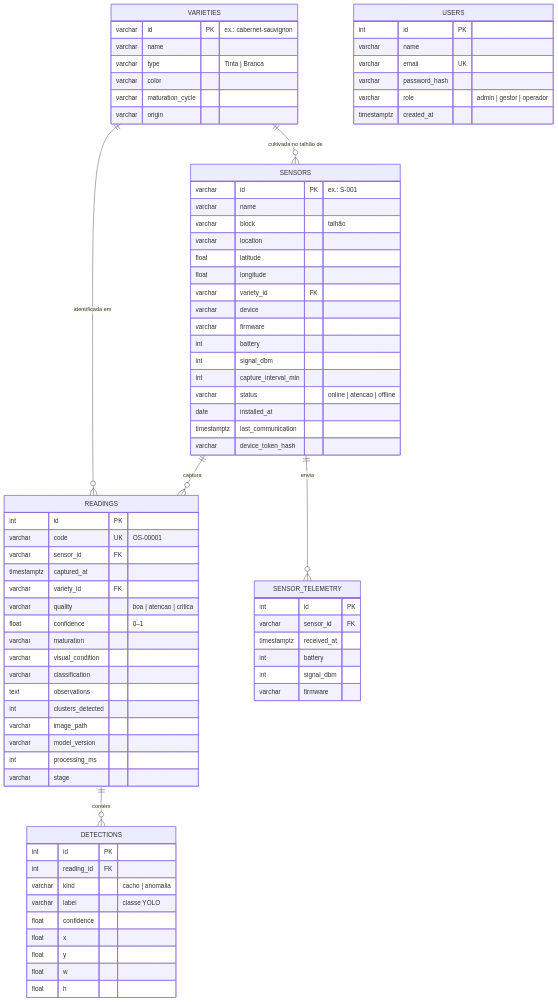
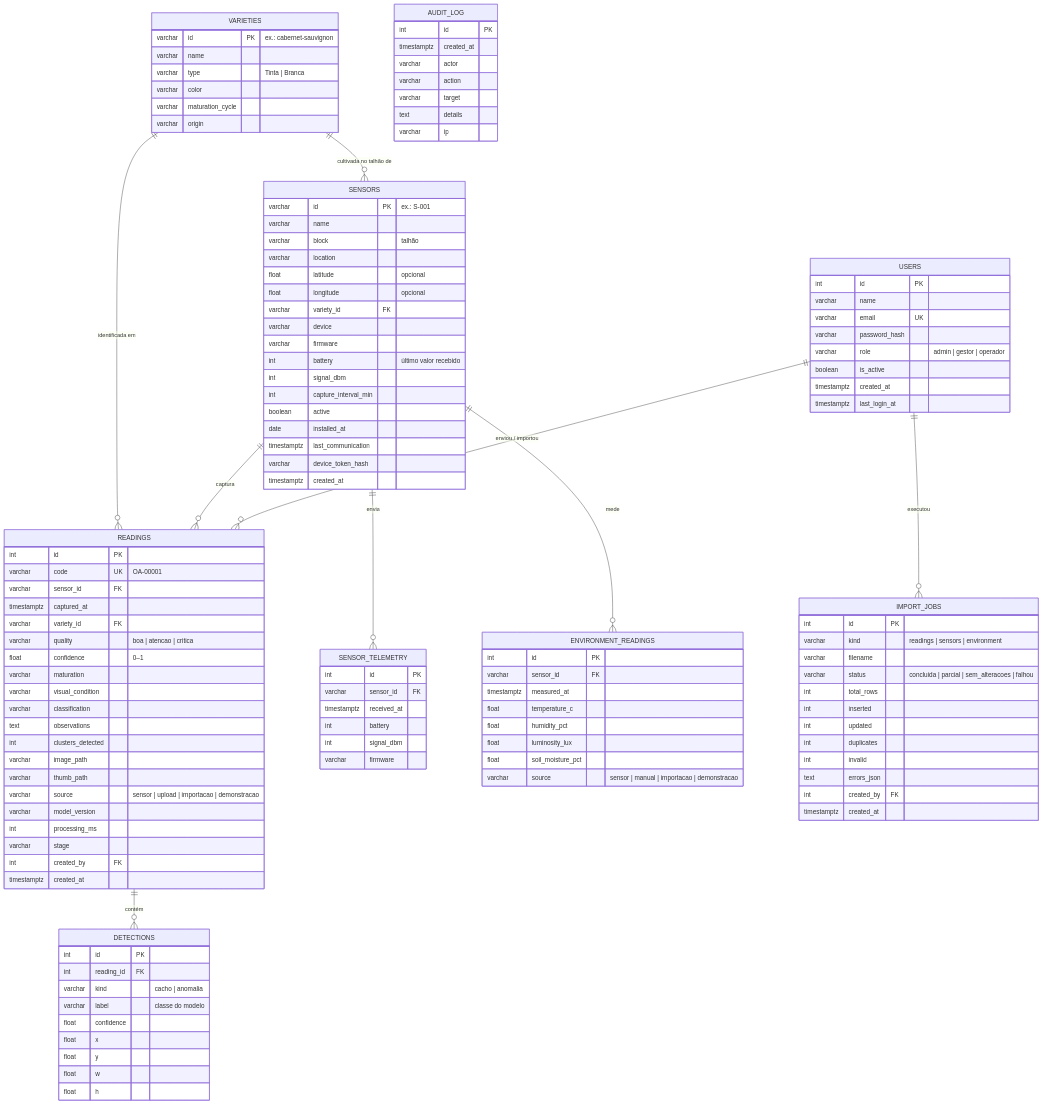
One commit to PI-2026-2-Vinicola/Vinicola-bd changed the diagram in docs/modelo-de-dados.md. Above: the diagram before and after it, drawn with Mermaid. The commit also changed other lines of this file and 17 other files, not shown here.

````diff
--- a/docs/modelo-de-dados.md
+++ b/docs/modelo-de-dados.md
@@ -14,7 +14,10 @@
     VARIETIES ||--o{ READINGS : "identificada em"
     SENSORS   ||--o{ READINGS : "captura"
     SENSORS   ||--o{ SENSOR_TELEMETRY : "envia"
+    SENSORS   ||--o{ ENVIRONMENT_READINGS : "mede"
     READINGS  ||--o{ DETECTIONS : "contém"
+    USERS     ||--o{ READINGS : "enviou / importou"
+    USERS     ||--o{ IMPORT_JOBS : "executou"
 
     USERS {
         int id PK
@@ -22,7 +25,9 @@
         varchar email UK
         varchar password_hash
         varchar role "admin | gestor | operador"
+        boolean is_active
         timestamptz created_at
+        timestamptz last_login_at
     }
     VARIETIES {
         varchar id PK "ex.: cabernet-sauvignon"
@@ -37,22 +42,23 @@
         varchar name
         varchar block "talhão"
         varchar location
-        float latitude
-        float longitude
+        float latitude "opcional"
+        float longitude "opcional"
         varchar variety_id FK
         varchar device
         varchar firmware
-        int battery
+        int battery "último valor recebido"
         int signal_dbm
         int capture_interval_min
-        varchar status "online | atencao | offline"
+        boolean active
         date installed_at
         timestamptz last_communication
         varchar device_token_hash
+        timestamptz created_at
     }
     READINGS {
         int id PK
-        varchar code UK "OS-00001"
+        varchar code UK "OA-00001"
         varchar sensor_id FK
         timestamptz captured_at
         varchar variety_id FK
@@ -64,15 +70,19 @@
         text observations
         int clusters_detected
         varchar image_path
+        varchar thumb_path
+        varchar source "sensor | upload | importacao | demonstracao"
         varchar model_version
         int processing_ms
         varchar stage
+        int created_by FK
+        timestamptz created_at
     }
     DETECTIONS {
         int id PK
         int reading_id FK
         varchar kind "cacho | anomalia"
-        varchar label "classe YOLO"
+        varchar label "classe do modelo"
         float confidence
         float x
         float y
@@ -87,4 +97,37 @@
         int signal_dbm
         varchar firmware
     }
+    ENVIRONMENT_READINGS {
+        int id PK
+        varchar sensor_id FK
+        timestamptz measured_at
+        float temperature_c
+        float humidity_pct
+        float luminosity_lux
+        float soil_moisture_pct
+        varchar source "sensor | manual | importacao | demonstracao"
+    }
+    IMPORT_JOBS {
+        int id PK
+        varchar kind "readings | sensors | environment"
+        varchar filename
+        varchar status "concluida | parcial | sem_alteracoes | falhou"
+        int total_rows
+        int inserted
+        int updated
+        int duplicates
+        int invalid
+        text errors_json
+        int created_by FK
+        timestamptz created_at
+    }
+    AUDIT_LOG {
+        int id PK
+        timestamptz created_at
+        varchar actor
+        varchar action
+        varchar target
+        text details
+        varchar ip
+    }
 ```
````
